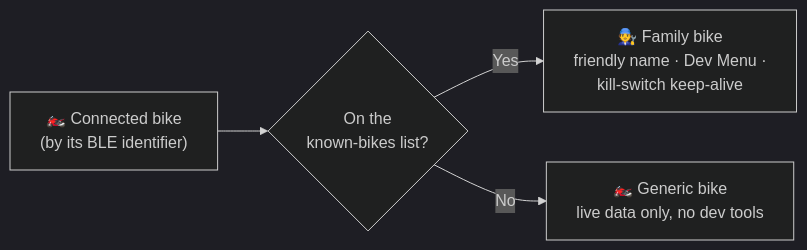
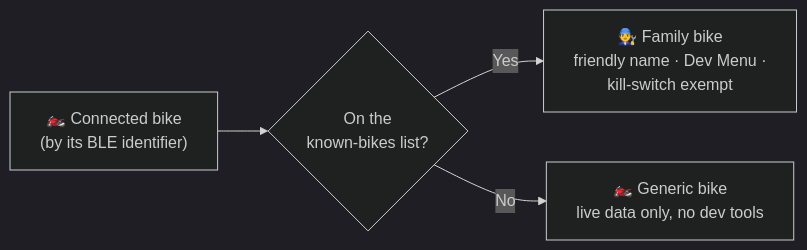
The second of 10 diagrams in docs/PROCESS_FLOW.md (Chadware-Garage/WolfPackDash-Docs), drawn with Mermaid (dark theme) before and after one commit. The commit also changed other lines of this file and 19 other files, not shown here.

````diff
--- a/docs/PROCESS_FLOW.md
+++ b/docs/PROCESS_FLOW.md
@@ -86,6 +86,6 @@
 ```mermaid
 flowchart LR
     BIKE["🏍️ Connected bike<br/>(by its BLE identifier)"] --> Q{"On the<br/>known-bikes list?"}
-    Q -->|"Yes"| FAM["🧑‍🔧 Family bike<br/>friendly name · Dev Menu ·<br/>kill-switch keep-alive"]
+    Q -->|"Yes"| FAM["🧑‍🔧 Family bike<br/>friendly name · Dev Menu ·<br/>kill-switch exempt"]
     Q -->|"No"| GEN["🏍️ Generic bike<br/>live data only, no dev tools"]
 ```
````
